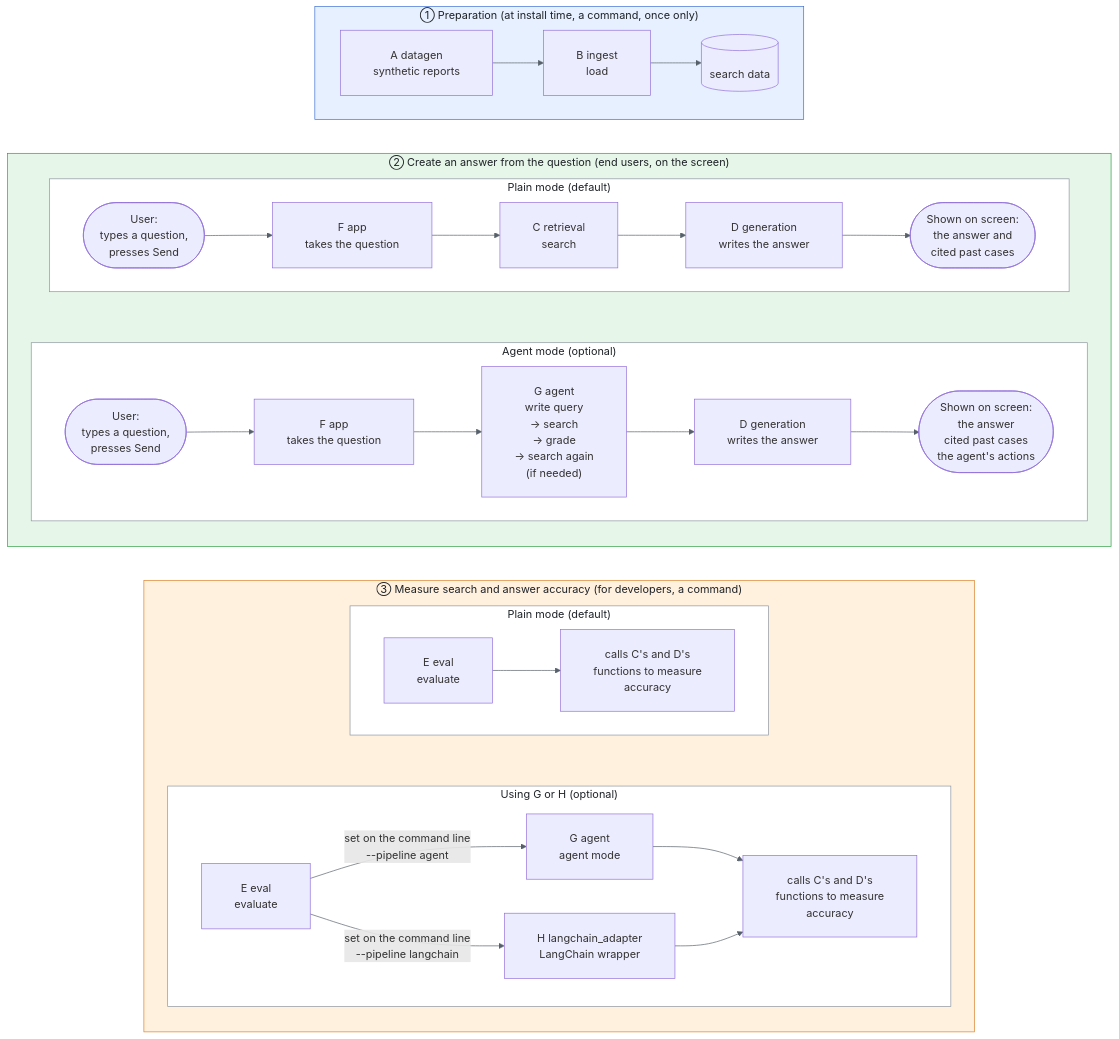
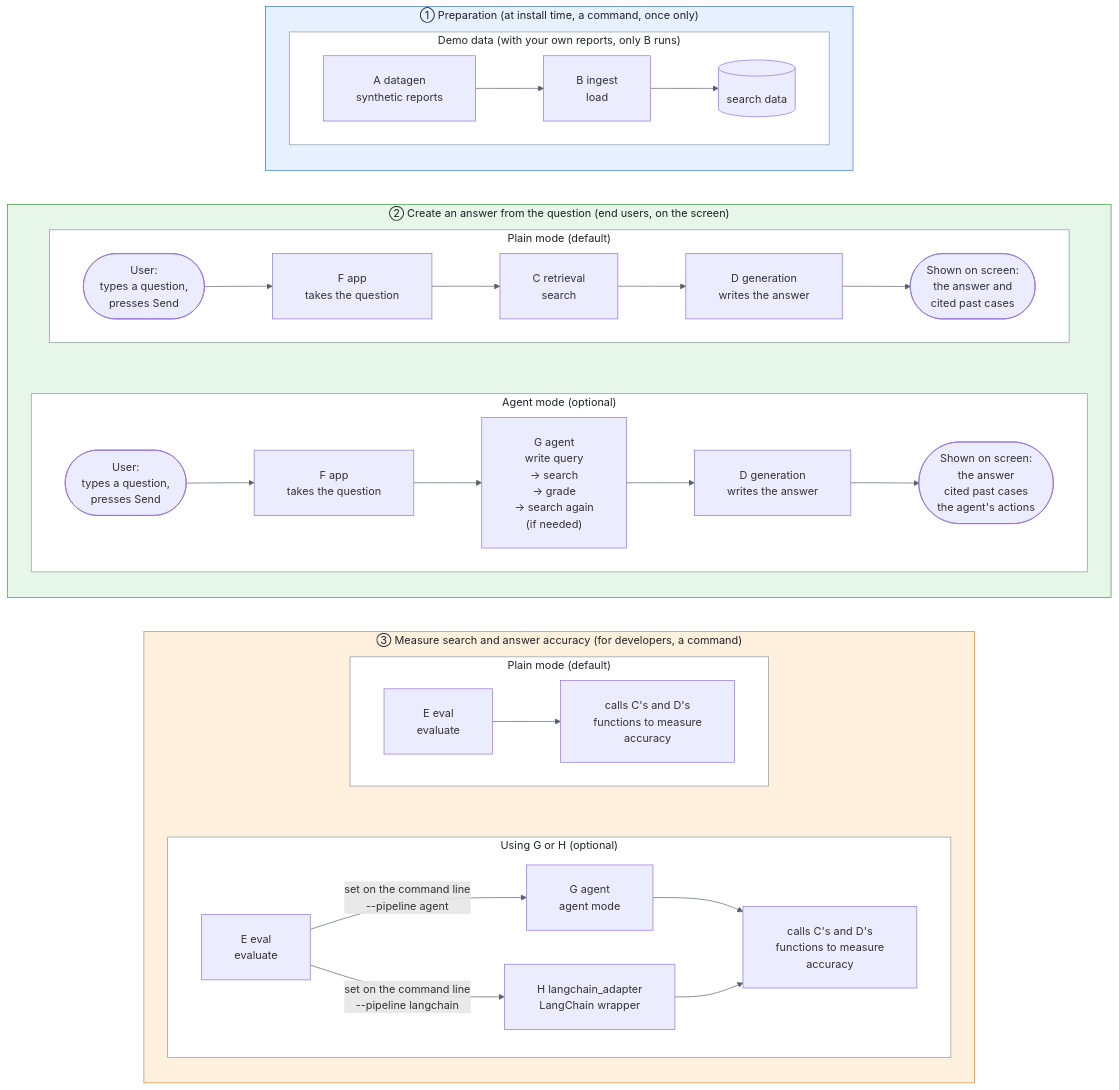
The first of 3 diagrams in README_en.md (satoshi-abe-dev/silo-rag), drawn with Mermaid before and after one commit. The commit also changed 1 other file, not shown here.

Commit message:
Give step 1 of the architecture diagram a white inner frame like steps 2 and 3
The inner frame is titled for what the diagram shows: the demo-data path
(with your own reports only B runs).

````diff
--- a/README_en.md
+++ b/README_en.md
@@ -159,42 +159,46 @@
 ```mermaid
 %%{init: {"flowchart": {"padding": 24, "wrappingWidth": 400}, "themeVariables": {"lineColor": "#57606a"}}}%%
 graph TB
     subgraph g1["① Preparation (at install time, a command, once only)"]
-        direction LR
-        A["A datagen<br/>synthetic reports"] --> B["B ingest<br/>load"] --> DB[("search data")]
+        direction TB
+        subgraph prep["Demo data (with your own reports, only B runs)"]
+            direction LR
+            A["A datagen<br/>synthetic reports"] --> B["B ingest<br/>load"] --> DB[("search data")]
+        end
     end
     subgraph g2["② Create an answer from the question (end users, on the screen)"]
         direction TB
         subgraph plain["Plain mode (default)"]
             direction LR
             U1(["User:<br/>types a question,<br/>presses Send"]) --> F1["F app<br/>takes the question"] --> C1["C retrieval<br/>search"] --> D1["D generation<br/>writes the answer"] --> R1(["Shown on screen:<br/>the answer and<br/>cited past cases"])
         end
         subgraph agent["Agent mode (optional)"]
             direction LR
             U2(["User:<br/>types a question,<br/>presses Send"]) --> F2["F app<br/>takes the question"] --> G["G agent<br/>write query<br/>→ search<br/>→ grade<br/>→ search again<br/>(if needed)"] --> D2["D generation<br/>writes the answer"] --> R2(["Shown on screen:<br/>the answer<br/>cited past cases<br/>the agent's actions"])
         end
         plain ~~~ agent
     end
     subgraph g3["③ Measure search and answer accuracy (for developers, a command)"]
         direction TB
         subgraph ev["Plain mode (default)"]
             direction LR
             E1["E eval<br/>evaluate"] --> CD1["calls C's and D's<br/>functions to measure<br/>accuracy"]
         end
         subgraph ev2["Using G or H (optional)"]
             direction LR
             E2["E eval<br/>evaluate"] -->|"set on the command line<br/>--pipeline agent"| G2["G agent<br/>agent mode"] --> CD2["calls C's and D's<br/>functions to measure<br/>accuracy"]
             E2 -->|"set on the command line<br/>--pipeline langchain"| H["H langchain_adapter<br/>LangChain wrapper"] --> CD2
         end
         ev ~~~ ev2
     end
     g1 ~~~ g2
     g2 ~~~ g3
     style g1 fill:#e7f0ff,stroke:#3b6fd4,color:#1f2328
     style g2 fill:#e6f6e8,stroke:#2f9e44,color:#1f2328
     style g3 fill:#fff1de,stroke:#d9822b,color:#1f2328
+    style prep fill:#ffffff,stroke:#8c959f,color:#1f2328
     style plain fill:#ffffff,stroke:#8c959f,color:#1f2328
     style agent fill:#ffffff,stroke:#8c959f,color:#1f2328
     style ev fill:#ffffff,stroke:#8c959f,color:#1f2328
     style ev2 fill:#ffffff,stroke:#8c959f,color:#1f2328
 ```
````
